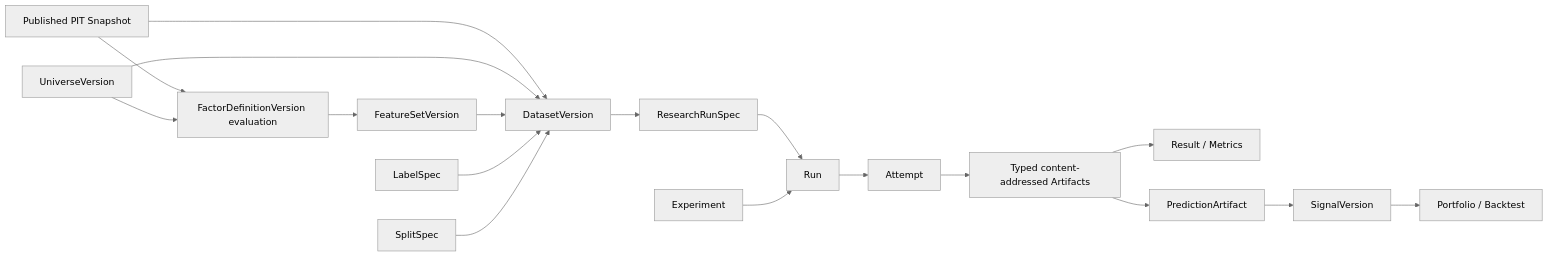
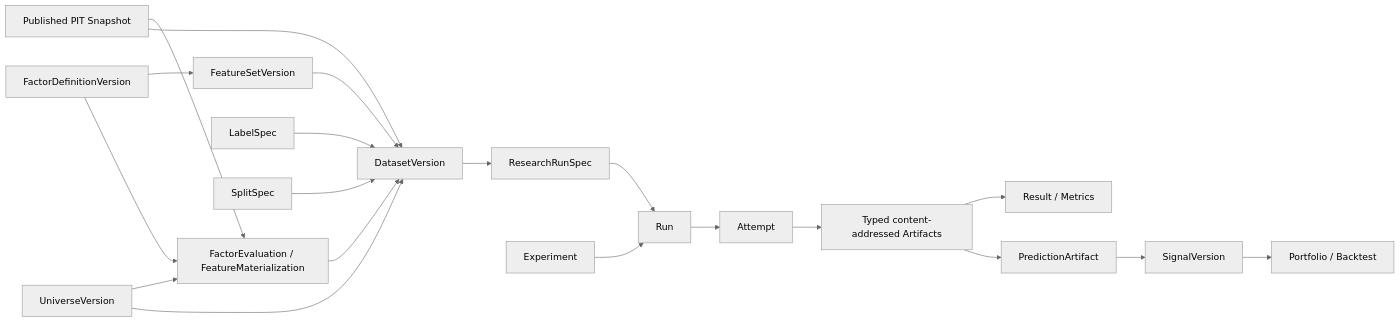
Before and after one commit to dongxuelian11/v3-quant-workbench: the diagram in docs/research/factor-dataset-experiment-reference/REFERENCE_MATRIX.md, drawn with Mermaid (neutral theme). The commit also changed other lines of this file and 6 other files, not shown here.

Commit message:
docs: separate factor evaluation identity and truth ceiling

````diff
--- a/docs/research/factor-dataset-experiment-reference/REFERENCE_MATRIX.md
+++ b/docs/research/factor-dataset-experiment-reference/REFERENCE_MATRIX.md
@@ -32,20 +32,22 @@
 ```mermaid
 flowchart LR
-    S["Published PIT Snapshot"] --> F["FactorDefinitionVersion evaluation"]
-    U["UniverseVersion"] --> F
-    F --> FS["FeatureSetVersion"]
-    S --> D["DatasetVersion"]
+    FD["FactorDefinitionVersion"] --> FS["FeatureSetVersion"]
+    FD --> FE["FactorEvaluation / FeatureMaterialization"]
+    S["Published PIT Snapshot"] --> FE
+    U["UniverseVersion"] --> FE
+    FE --> D["DatasetVersion"]
+    S --> D
     U --> D
     FS --> D
     L["LabelSpec"] --> D
     SP["SplitSpec"] --> D
     D --> RS["ResearchRunSpec"]
     RS --> R["Run"]
     R --> A["Attempt"]
     A --> AR["Typed content-addressed Artifacts"]
     AR --> RES["Result / Metrics"]
     E["Experiment"] --> R
     AR --> P["PredictionArtifact"]
     P --> SG["SignalVersion"]
     SG --> BT["Portfolio / Backtest"]
 ```
````
